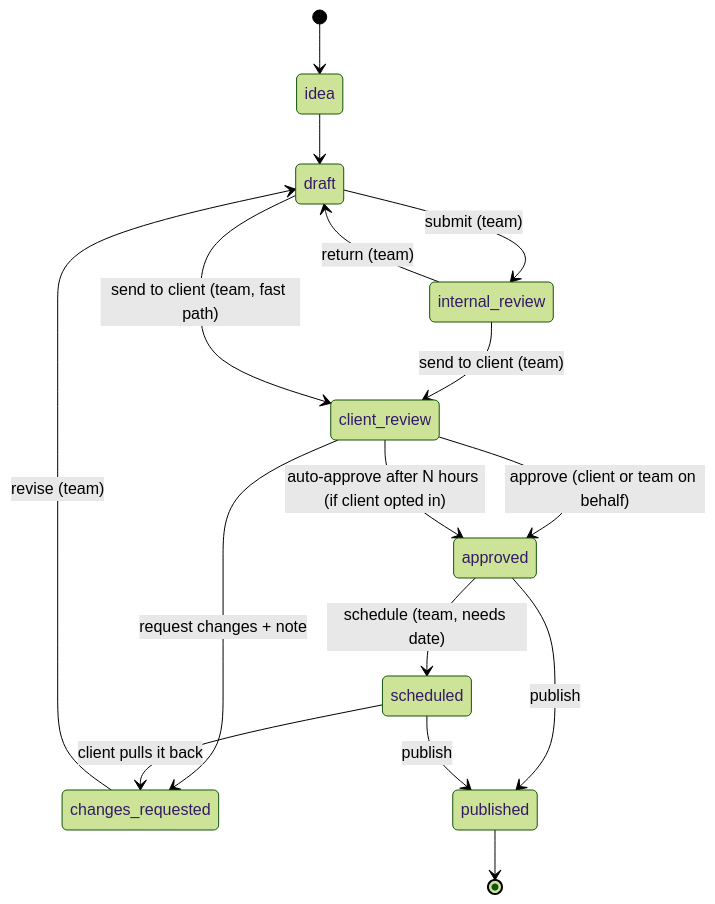
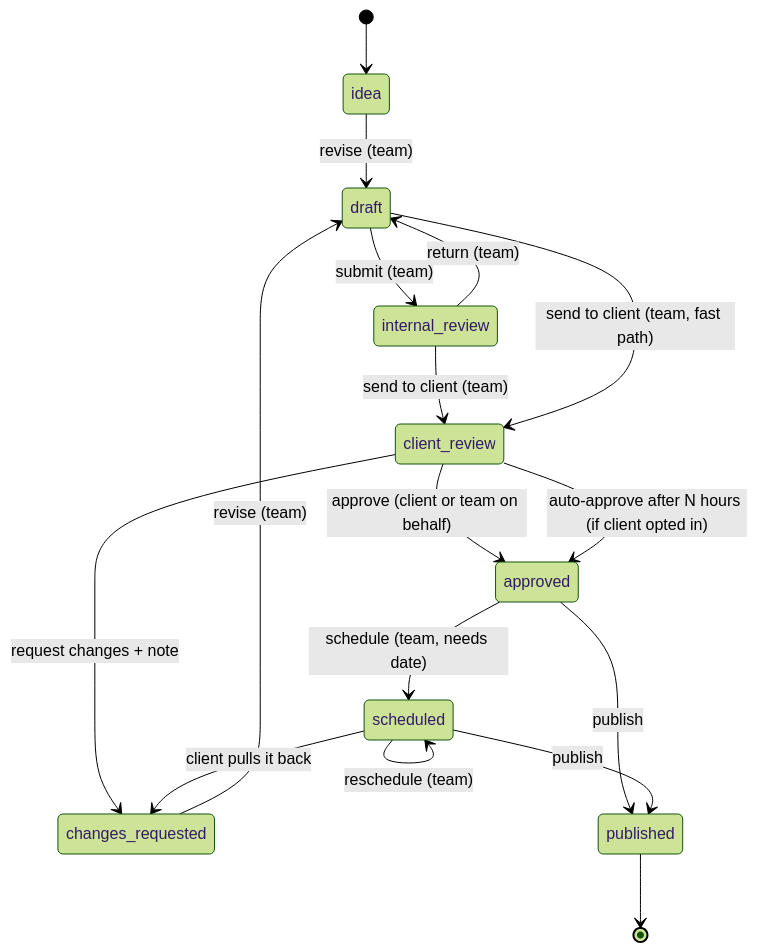
Before and after one commit to KapilPushkar/growth-os: the fourth of 4 diagrams in docs/ARCHITECTURE.md, drawn with Mermaid (forest theme). The commit also changed other lines of this file and 13 other files, not shown here.

````diff
--- a/docs/ARCHITECTURE.md
+++ b/docs/ARCHITECTURE.md
@@ -241,18 +241,19 @@
 ```mermaid
 stateDiagram-v2
   [*] --> idea
-  idea --> draft
+  idea --> draft: revise (team)
   draft --> internal_review: submit (team)
   internal_review --> draft: return (team)
   internal_review --> client_review: send to client (team)
   draft --> client_review: send to client (team, fast path)
   client_review --> approved: approve (client or team on behalf)
   client_review --> approved: auto-approve after N hours (if client opted in)
   client_review --> changes_requested: request changes + note
   changes_requested --> draft: revise (team)
   approved --> scheduled: schedule (team, needs date)
+  scheduled --> scheduled: reschedule (team)
   approved --> published: publish
   scheduled --> published: publish
   scheduled --> changes_requested: client pulls it back
   published --> [*]
 ```
````
